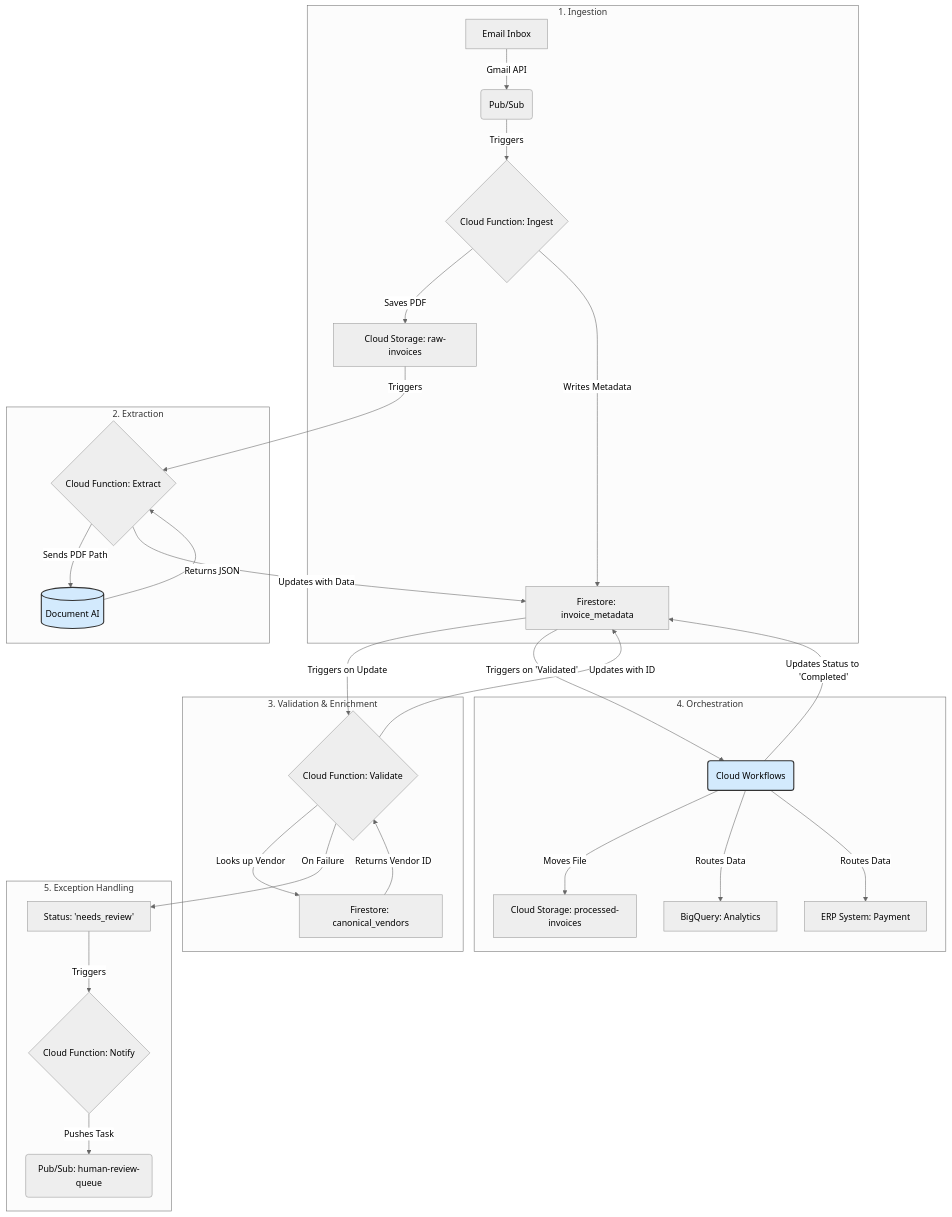
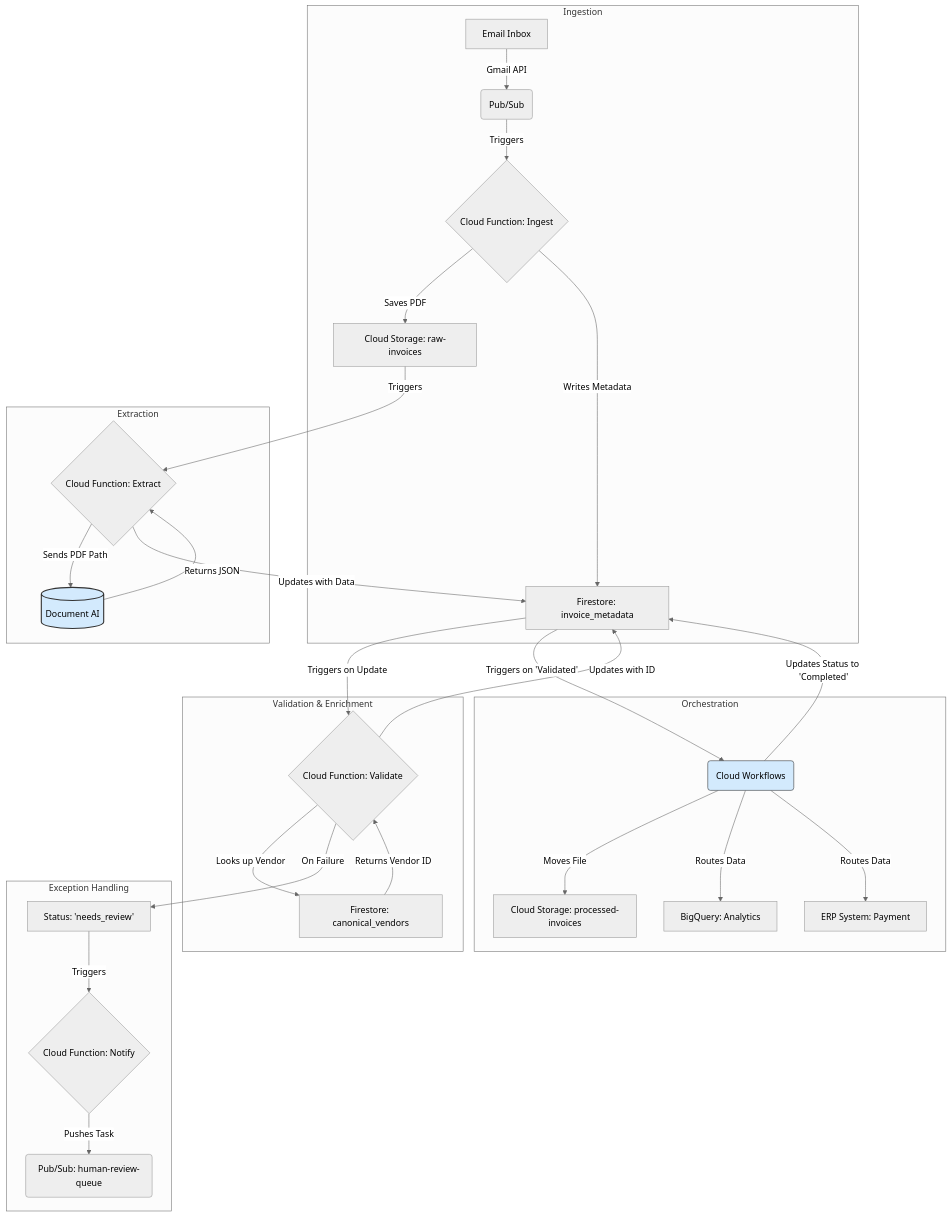
Before and after one commit to Sleippnir/Sleippnir: the diagram in gcp-invoice-pipeline/02_Technical_Architecture.md, drawn with Mermaid (neutral theme).

````diff
--- a/gcp-invoice-pipeline/02_Technical_Architecture.md
+++ b/gcp-invoice-pipeline/02_Technical_Architecture.md
@@ -13,39 +13,39 @@
 ```mermaid
 graph TD
-    subgraph "1. Ingestion"
+    subgraph "Ingestion"
         A[Email Inbox] -- Gmail API --> B(Pub/Sub) -- Triggers --> C{Cloud Function: Ingest};
         C -- Saves PDF --> D[Cloud Storage: raw-invoices];
         C -- Writes Metadata --> E[Firestore: invoice_metadata];
     end
 
-    subgraph "2. Extraction"
+    subgraph "Extraction"
         D -- Triggers --> F{Cloud Function: Extract};
         F -- Sends PDF Path --> G[(Document AI)];
         G -- Returns JSON --> F;
         F -- Updates with Data --> E;
     end
 
-    subgraph "3. Validation & Enrichment"
+    subgraph "Validation & Enrichment"
         E -- Triggers on Update --> H{Cloud Function: Validate};
         H -- Looks up Vendor --> I[Firestore: canonical_vendors];
         I -- Returns Vendor ID --> H;
         H -- Updates with ID --> E;
     end
 
-    subgraph "4. Orchestration"
+    subgraph "Orchestration"
         E -- Triggers on 'Validated' --> J(Cloud Workflows);
         J -- Moves File --> K[Cloud Storage: processed-invoices];
         J -- Routes Data --> L[BigQuery: Analytics];
         J -- Routes Data --> M[ERP System: Payment];
         J -- Updates Status to 'Completed' --> E;
     end
 
-    subgraph "5. Exception Handling"
+    subgraph "Exception Handling"
         H -- On Failure --> N[Status: 'needs_review'];
         N -- Triggers --> O{Cloud Function: Notify};
         O -- Pushes Task --> P(Pub/Sub: human-review-queue);
     end
 
     style G fill:#d3eafd,stroke:#333,stroke-width:2px
-    style J fill:#d3eafd,stroke:#333,stroke-width:2px
+    style J fill:#d3eafd,stroke:#333,stroke-width:2px```
 ```
````
